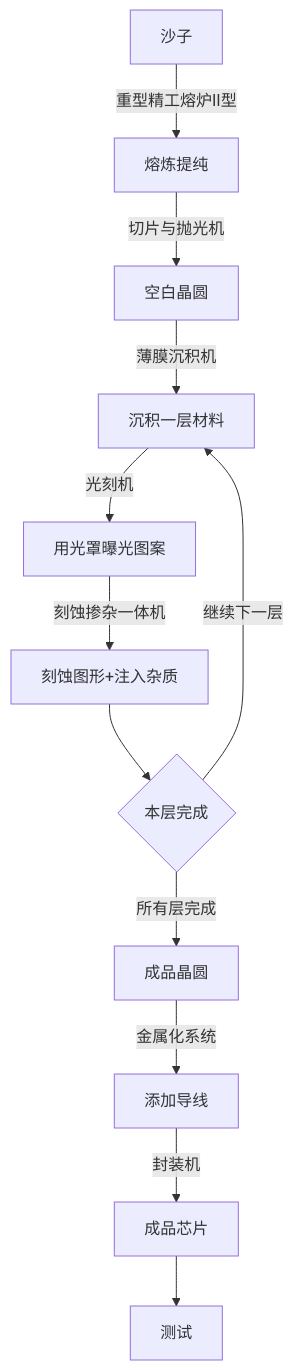
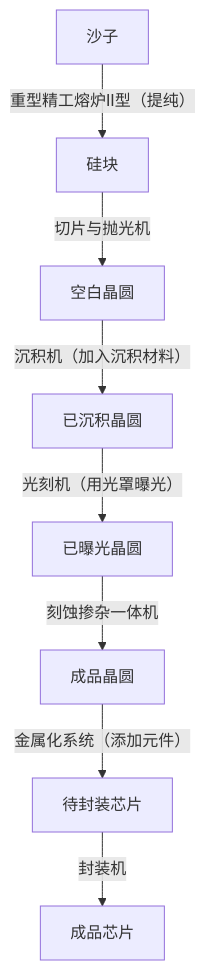
One commit to Redersha/FuZhouPlan_Wiki changed the diagram in docs/gaming/production_lines/photolithography.md. Above: the diagram before and after it, drawn with Mermaid. The commit also changed other lines of this file, not shown here.

Commit message:
/docs: 缩减光刻流程

````diff
--- a/docs/gaming/production_lines/photolithography.md
+++ b/docs/gaming/production_lines/photolithography.md
@@ -6,16 +9,10 @@
 ```mermaid
 flowchart TD
-    A[沙子] --重型精工熔炉II型--> B[熔炼提纯]
+    A[沙子] --重型精工熔炉II型（提纯）--> B[硅块]
     B --切片与抛光机--> C[空白晶圆]
-
-    C --薄膜沉积机--> D[沉积一层材料]
-    D --光刻机--> E[用光罩曝光图案]
-    E --刻蚀掺杂一体机--> F[刻蚀图形+注入杂质]
-    F --> G{本层完成}
-    G -- 继续下一层 --> D
-    G -- 所有层完成 --> I
-
-    I[成品晶圆] --金属化系统--> J[添加导线]
+    C --沉积机（加入沉积材料）--> D[已沉积晶圆]
+    D --光刻机（用光罩曝光）--> E[已曝光晶圆]
+    E --刻蚀掺杂一体机--> I[成品晶圆]
+    I --金属化系统（添加元件）--> J[待封装芯片]
     J --封装机--> K[成品芯片]
-    K --> L[测试]
 ```
````
